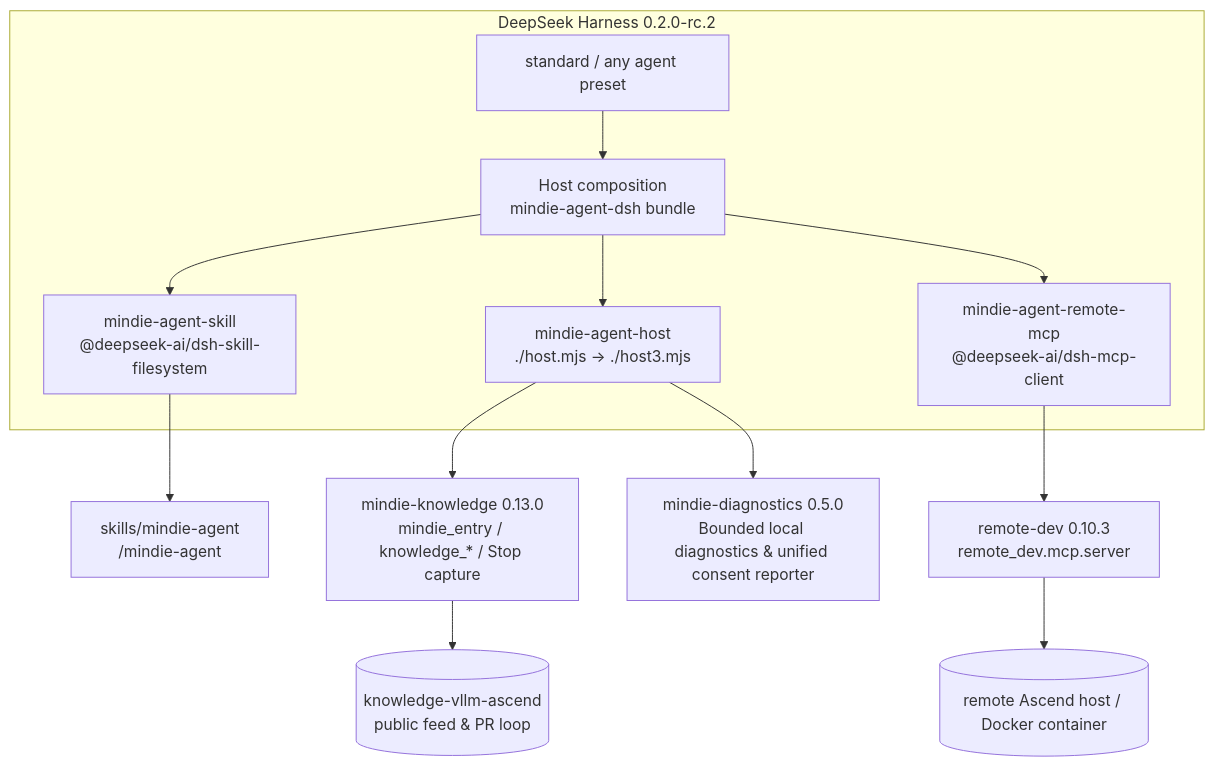
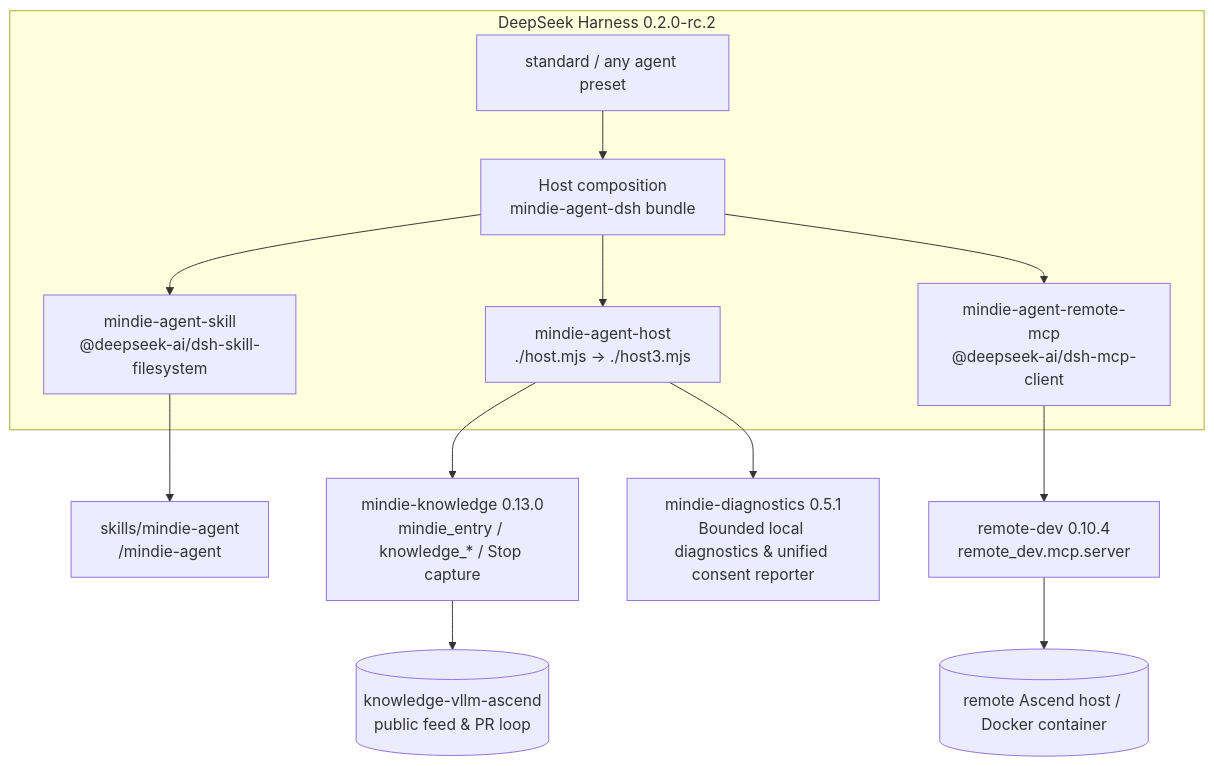
One commit to mindie-agent/mindie-agent-dsh changed the diagram in README.en.md. Above: the diagram before and after it, drawn with Mermaid. The commit also changed other lines of this file and 7 other files, not shown here.

````diff
--- a/README.en.md
+++ b/README.en.md
@@ -187,20 +187,20 @@
 ```mermaid
 flowchart TB
   subgraph DSH["DeepSeek Harness 0.2.0-rc.2"]
     HOST["Host composition<br/>mindie-agent-dsh bundle"]
     STD["standard / any agent preset"]
     SKILL["mindie-agent-skill<br/>@deepseek-ai/dsh-skill-filesystem"]
     HPLUG["mindie-agent-host<br/>./host.mjs -> ./host3.mjs"]
     RMC["mindie-agent-remote-mcp<br/>@deepseek-ai/dsh-mcp-client"]
     STD --> HOST
     HOST --> SKILL
     HOST --> HPLUG
     HOST --> RMC
   end
   SKILL --> SK["skills/mindie-agent<br/>/mindie-agent"]
   HPLUG --> KS["mindie-knowledge 0.13.0<br/>mindie_entry / knowledge_* / Stop capture"]
-  HPLUG --> DIAG["mindie-diagnostics 0.5.0<br/>Bounded local diagnostics & unified consent reporter"]
+  HPLUG --> DIAG["mindie-diagnostics 0.5.1<br/>Bounded local diagnostics & unified consent reporter"]
   KS --> FEED[("knowledge-vllm-ascend<br/>public feed & PR loop")]
-  RMC --> RD["remote-dev 0.10.3<br/>remote_dev.mcp.server"]
+  RMC --> RD["remote-dev 0.10.4<br/>remote_dev.mcp.server"]
   RD --> NPU[("remote Ascend host / Docker container")]
 ```
````
